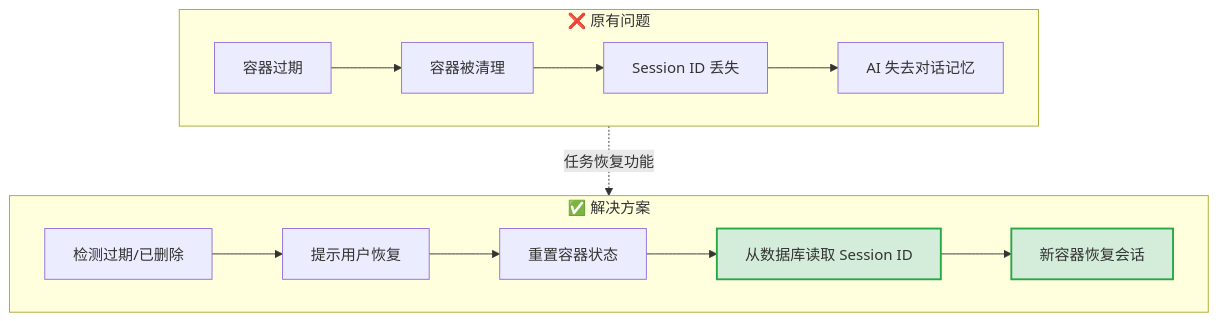
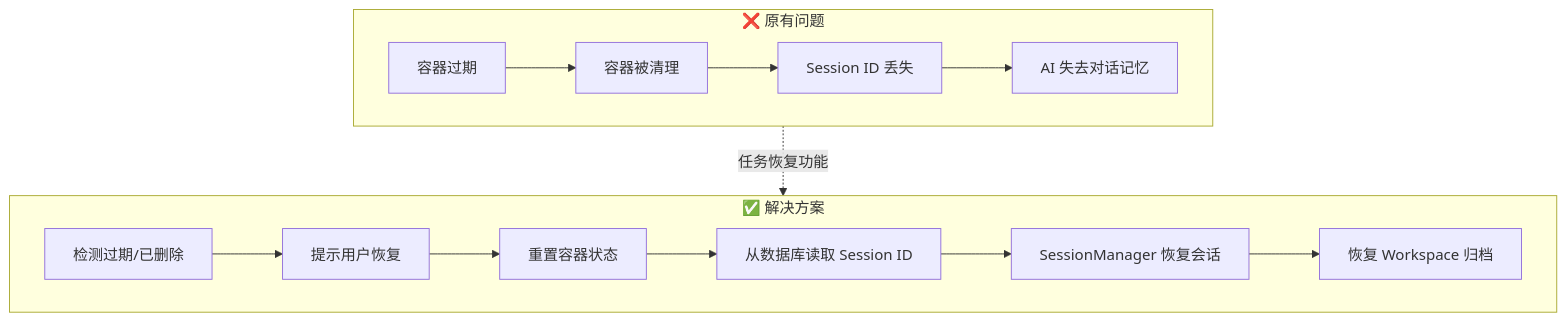
One commit to wecode-ai/Wegent changed the first of 10 diagrams in docs/zh/features/task-restore.md. Above: the diagram before and after it, drawn with Mermaid. The commit also changed other lines of this file, not shown here.

````diff
--- a/docs/zh/features/task-restore.md
+++ b/docs/zh/features/task-restore.md
@@ -23,19 +23,18 @@
 ```mermaid
 flowchart TB
     subgraph 问题["❌ 原有问题"]
         A[容器过期] --> B[容器被清理]
         B --> C[Session ID 丢失]
         C --> D[AI 失去对话记忆]
     end
 
     subgraph 方案["✅ 解决方案"]
         E[检测过期/已删除] --> F[提示用户恢复]
         F --> G[重置容器状态]
-        G --> H[从数据库读取 Session ID]:::new
-        H --> I[新容器恢复会话]:::new
+        G --> H[从数据库读取 Session ID]
+        H --> I[SessionManager 恢复会话]
+        I --> J[恢复 Workspace 归档]
     end
 
     问题 -.->|任务恢复功能| 方案
-
-    classDef new fill:#d4edda,stroke:#28a745,stroke-width:2px
 ```
````
